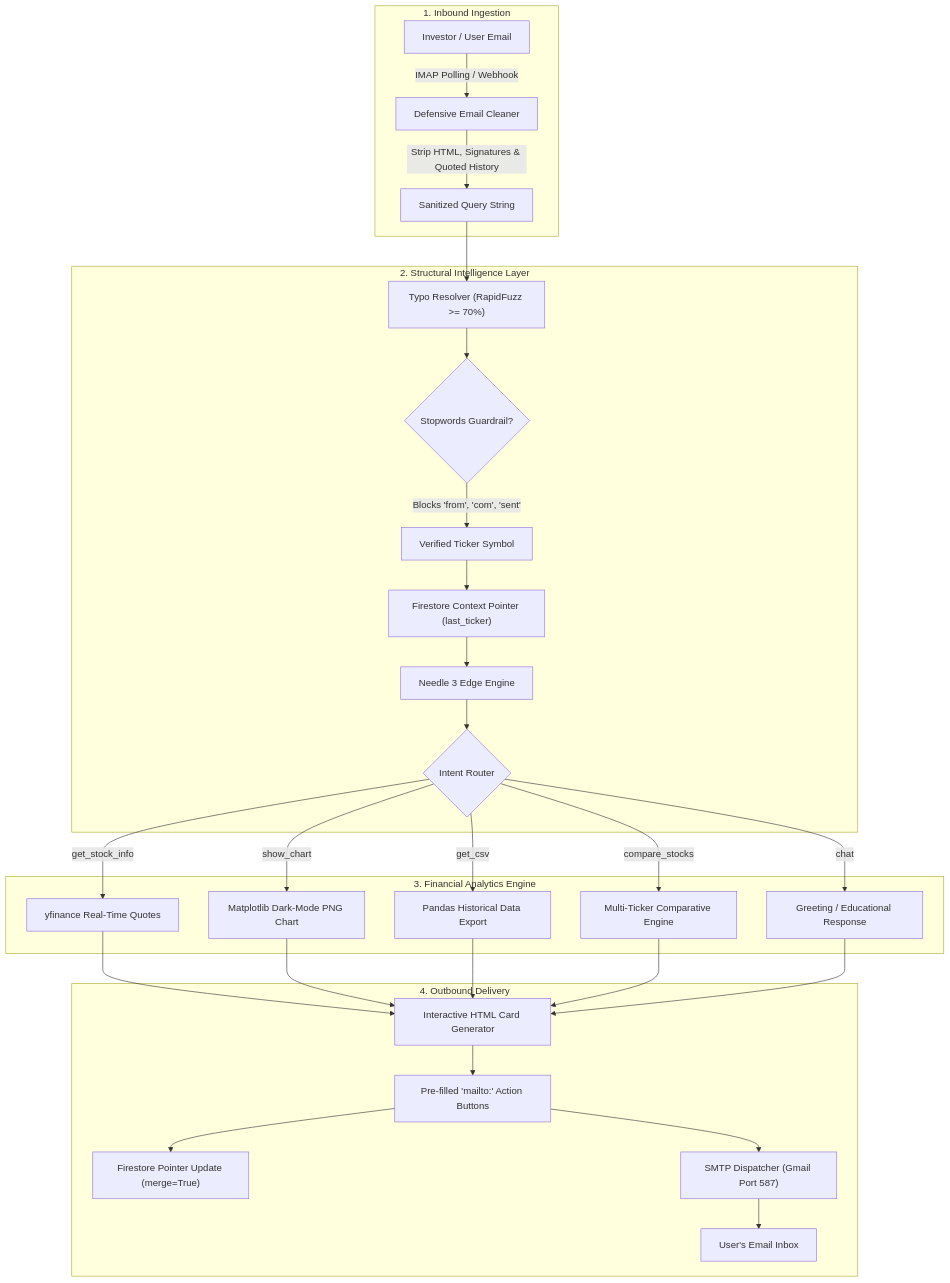
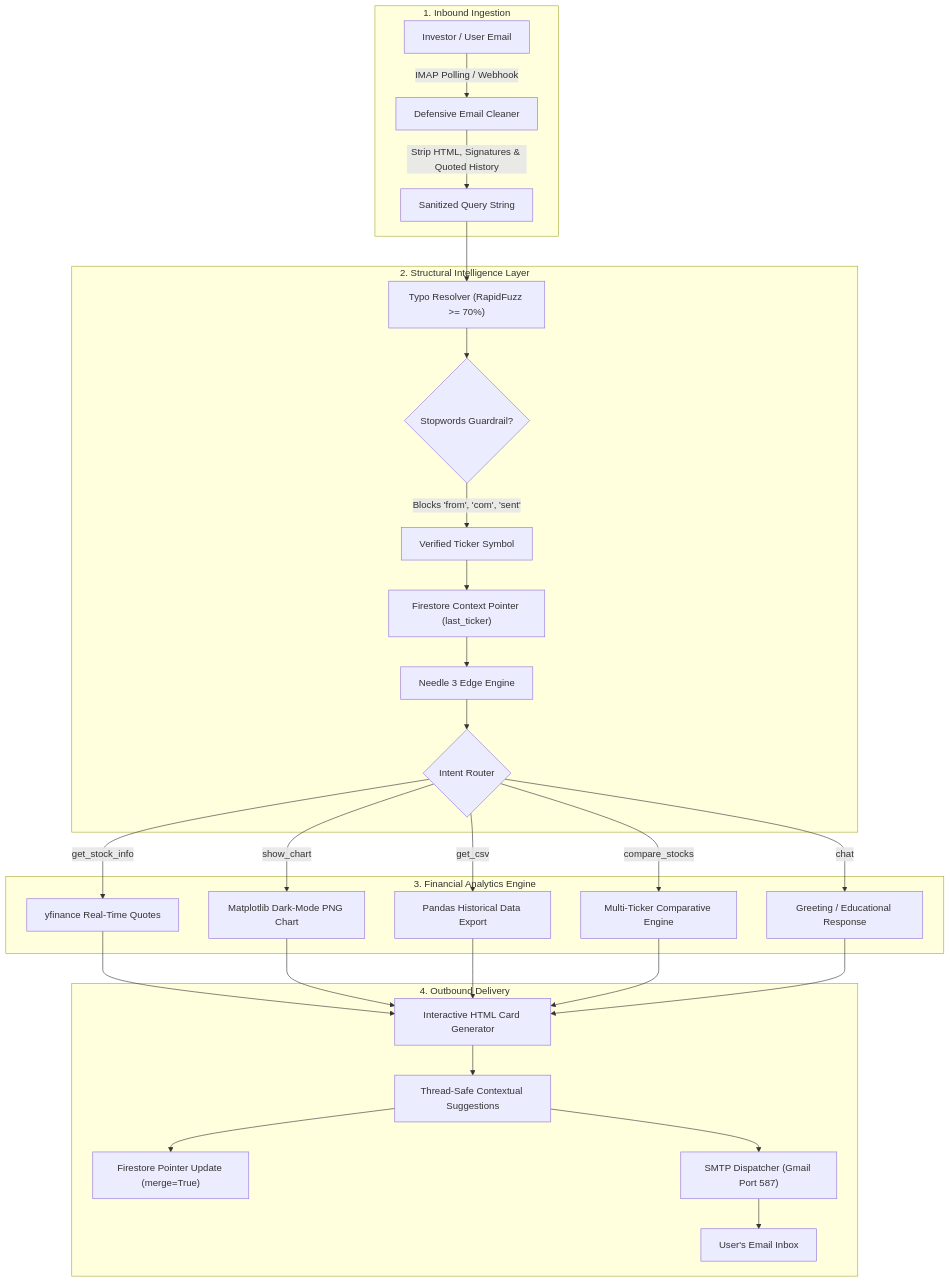
One commit to srikar-up/stock changed the diagram in README.md. Above: the diagram before and after it, drawn with Mermaid. The commit also changed other lines of this file and 16 other files, not shown here.

````diff
--- a/README.md
+++ b/README.md
@@ -52,36 +52,36 @@
 ```mermaid
 flowchart TD
     subgraph Inbound["1. Inbound Ingestion"]
         EmailUser["Investor / User Email"] -->|IMAP Polling / Webhook| Ingest["Defensive Email Cleaner"]
         Ingest -->|Strip HTML, Signatures & Quoted History| SanitizedText["Sanitized Query String"]
     end
 
     subgraph Intelligence["2. Structural Intelligence Layer"]
         SanitizedText --> Pre["Typo Resolver (RapidFuzz >= 70%)"]
         Pre --> Stopwords{"Stopwords Guardrail?"}
         Stopwords -->|Blocks 'from', 'com', 'sent'| Matcher["Verified Ticker Symbol"]
         Matcher --> Context["Firestore Context Pointer (last_ticker)"]
         Context --> Needle["Needle 3 Edge Engine"]
         Needle --> IntentRouter{Intent Router}
     end
 
     subgraph Execution["3. Financial Analytics Engine"]
         IntentRouter -->|get_stock_info| YF_Quote["yfinance Real-Time Quotes"]
         IntentRouter -->|show_chart| Matplot["Matplotlib Dark-Mode PNG Chart"]
         IntentRouter -->|get_csv| PandasCSV["Pandas Historical Data Export"]
         IntentRouter -->|compare_stocks| Comp["Multi-Ticker Comparative Engine"]
         IntentRouter -->|chat| Fallback["Greeting / Educational Response"]
     end
 
     subgraph Outbound["4. Outbound Delivery"]
         YF_Quote --> MailComposer["Interactive HTML Card Generator"]
         Matplot --> MailComposer
         PandasCSV --> MailComposer
         Comp --> MailComposer
         Fallback --> MailComposer
-        MailComposer --> Buttons["Pre-filled 'mailto:' Action Buttons"]
+        MailComposer --> Buttons["Thread-Safe Contextual Suggestions"]
         Buttons --> StateSave["Firestore Pointer Update (merge=True)"]
         Buttons --> SMTP["SMTP Dispatcher (Gmail Port 587)"]
         SMTP --> Delivery["User's Email Inbox"]
     end
 ```
````
